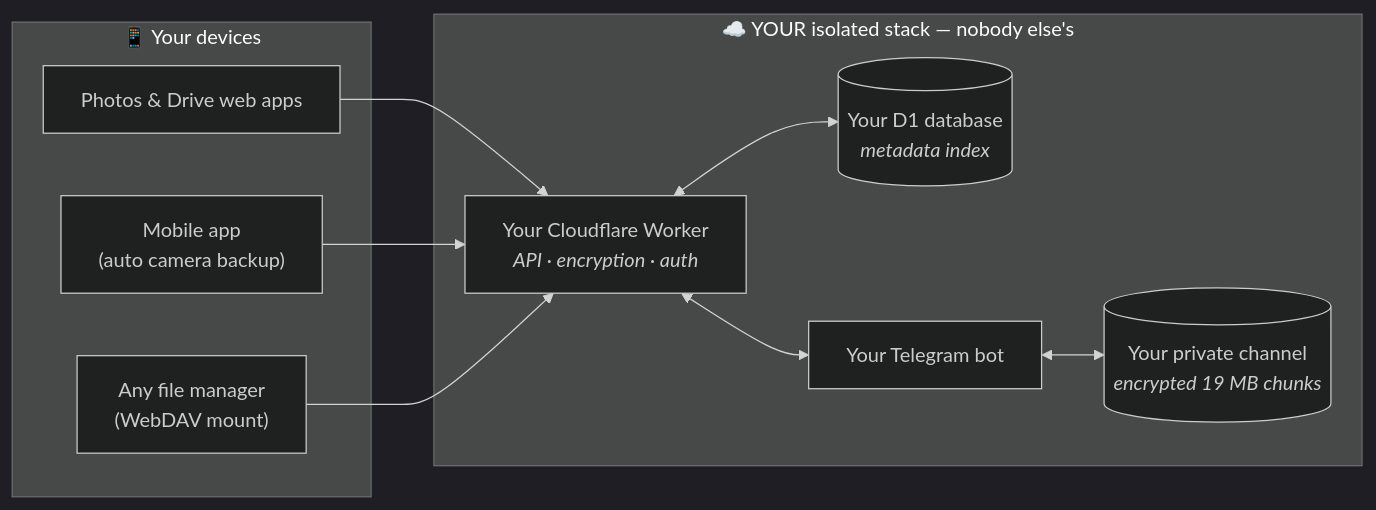
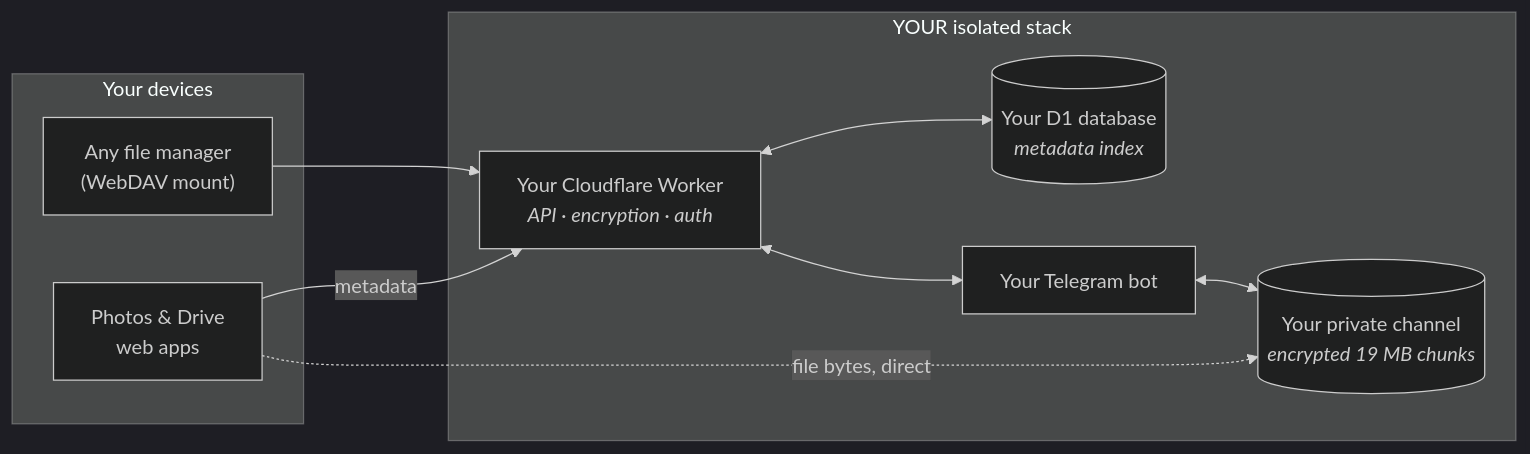
One commit to myrosama/DaemonClient changed the diagram in README.md. Above: the diagram before and after it, drawn with Mermaid (dark theme). The commit also changed other lines of this file and 25 other files, not shown here.

````diff
--- a/README.md
+++ b/README.md
@@ -69,22 +72,21 @@
 ```mermaid
 flowchart LR
-    subgraph Clients["📱 Your devices"]
-        WEB["Photos & Drive web apps"]
-        APP["Mobile app<br/>(auto camera backup)"]
+    subgraph Clients["Your devices"]
+        WEB["Photos & Drive<br/>web apps"]
         DAV["Any file manager<br/>(WebDAV mount)"]
     end
 
-    subgraph Stack["☁️ YOUR isolated stack — nobody else's"]
+    subgraph Stack["YOUR isolated stack"]
         W["Your Cloudflare Worker<br/><i>API · encryption · auth</i>"]
         D1[("Your D1 database<br/><i>metadata index</i>")]
         BOT["Your Telegram bot"]
         CH[("Your private channel<br/><i>encrypted 19 MB chunks</i>")]
     end
 
-    WEB --> W
-    APP --> W
+    WEB -->|metadata| W
     DAV --> W
     W <--> D1
     W <--> BOT
+    WEB -.->|file bytes, direct| CH
     BOT <--> CH
 ```
````
